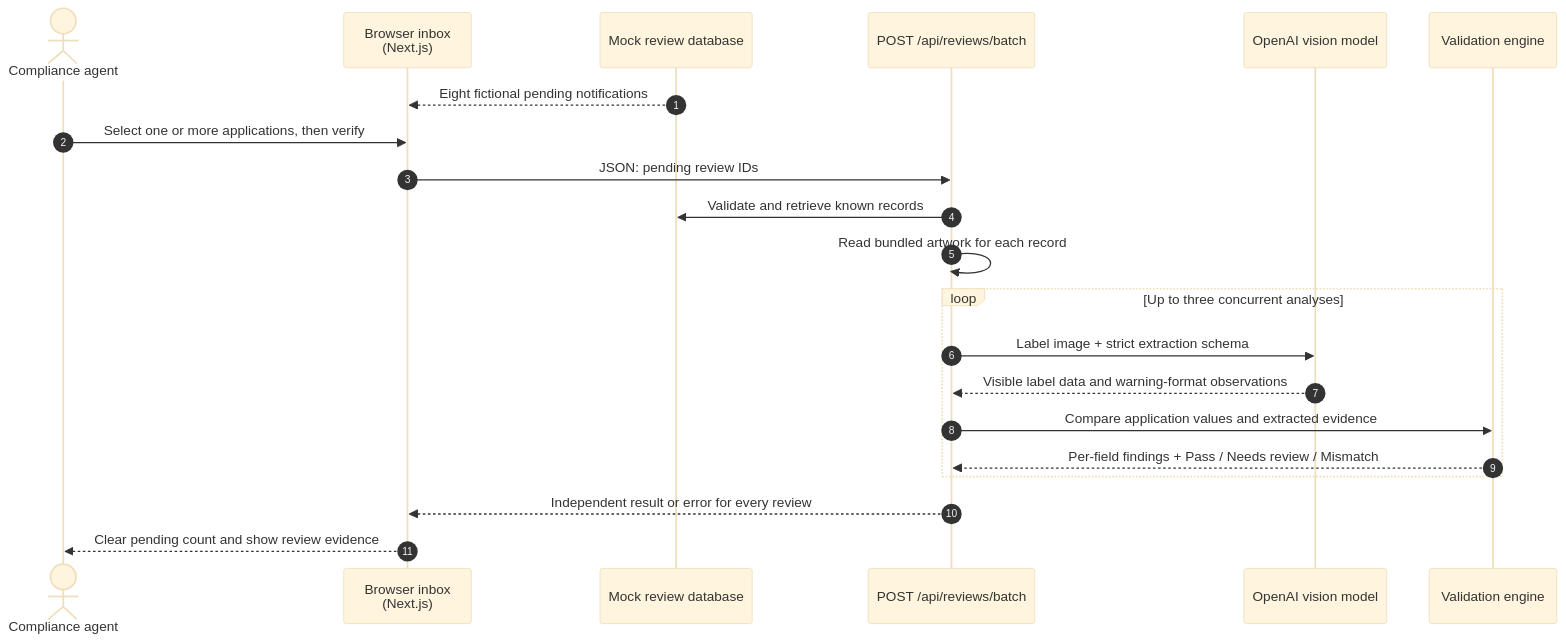
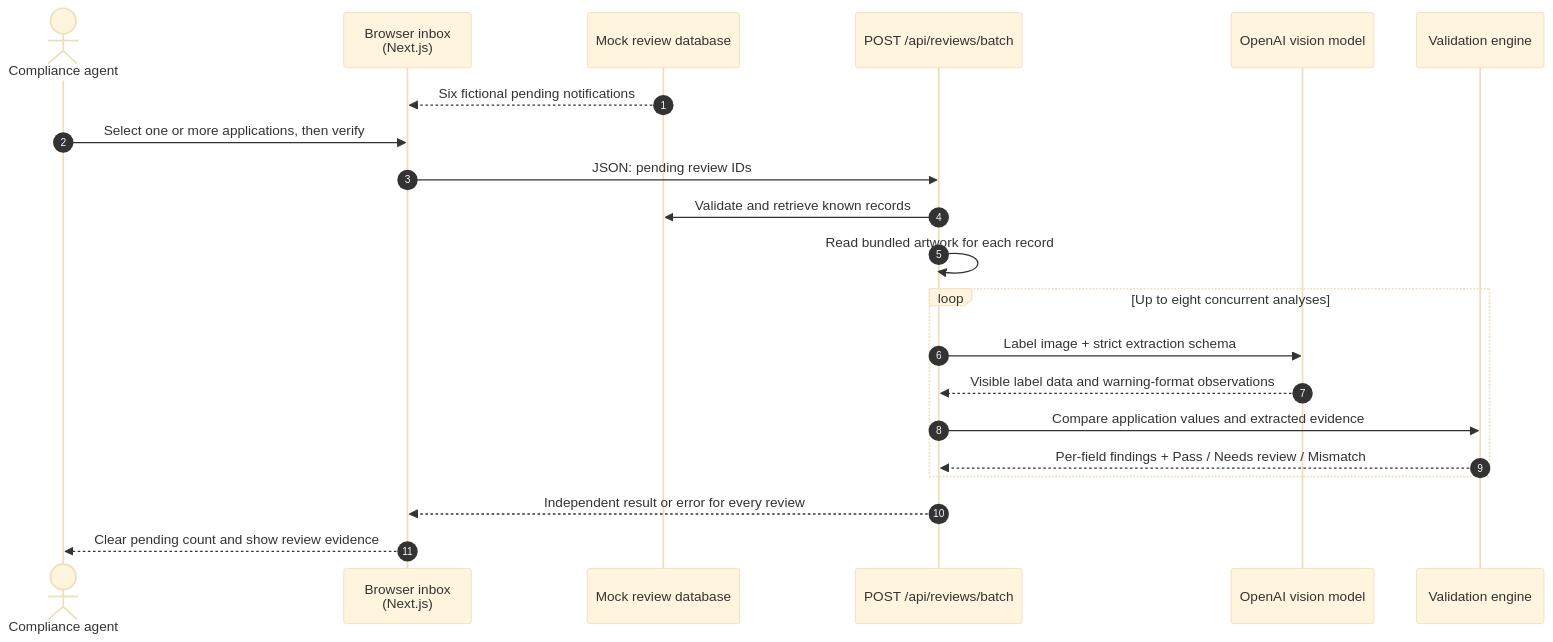
One commit to jaknock/janak-khadka-federal-build-challange changed the diagram in docs/WORKFLOW.md. Above: the diagram before and after it, drawn with Mermaid (base theme). The commit also changed other lines of this file and 18 other files, not shown here.

````diff
--- a/docs/WORKFLOW.md
+++ b/docs/WORKFLOW.md
@@ -8,24 +8,24 @@
 ```mermaid
 sequenceDiagram
     autonumber
     actor Agent as Compliance agent
     participant UI as Browser inbox<br/>(Next.js)
     participant Queue as Mock review database
     participant API as POST /api/reviews/batch
     participant AI as OpenAI vision model
     participant Rules as Validation engine
 
-    Queue-->>UI: Eight fictional pending notifications
+    Queue-->>UI: Six fictional pending notifications
     Agent->>UI: Select one or more applications, then verify
     UI->>API: JSON: pending review IDs
     API->>Queue: Validate and retrieve known records
     API->>API: Read bundled artwork for each record
-    loop Up to three concurrent analyses
+    loop Up to eight concurrent analyses
         API->>AI: Label image + strict extraction schema
         AI-->>API: Visible label data and warning-format observations
         API->>Rules: Compare application values and extracted evidence
         Rules-->>API: Per-field findings + Pass / Needs review / Mismatch
     end
     API-->>UI: Independent result or error for every review
     UI-->>Agent: Clear pending count and show review evidence
 ```
````
